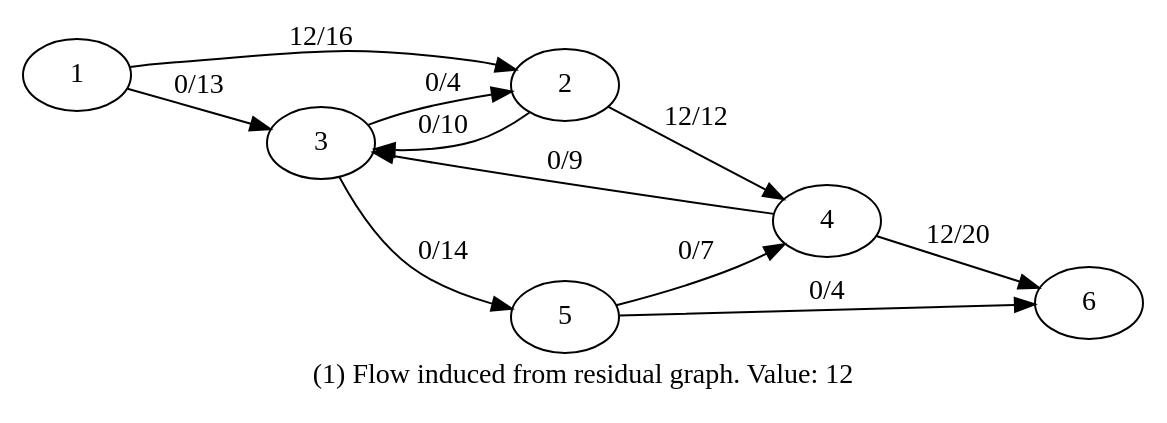
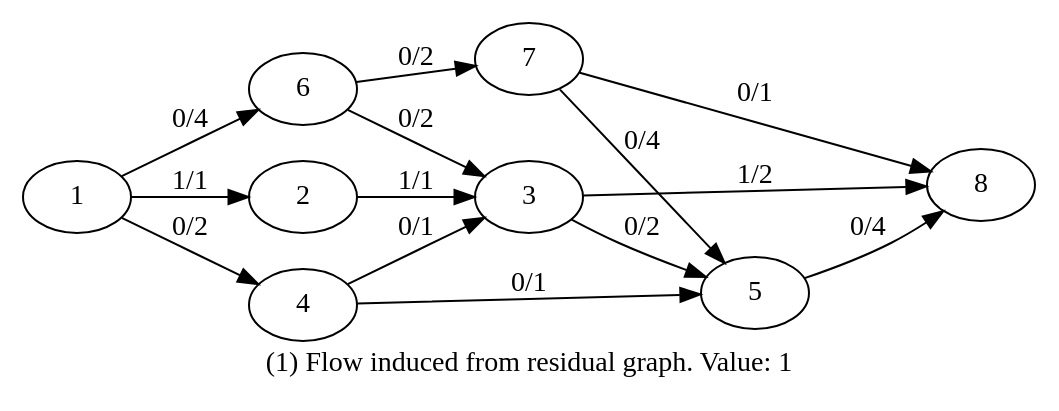
The diagram in output_flow1.gv (maryamass/Graph), drawn with Graphviz before and after one commit. The commit also changed 15 other files, not shown here.

Commit message:
function to test a flow added

```diff
--- a/output_flow1.gv
+++ b/output_flow1.gv
@@ -1,14 +1,17 @@
 digraph flow1 {
   rankdir="LR"
-  label="(1) Flow induced from residual graph. Value: 12"
-  1 -> 3 [label="0/13", len=13];
-  2 -> 4 [label="12/12", len=12];
-  4 -> 3 [label="0/9", len=9];
-  5 -> 4 [label="0/7", len=7];
-  1 -> 2 [label="12/16", len=16];
-  2 -> 3 [label="0/10", len=10];
-  5 -> 6 [label="0/4", len=4];
-  3 -> 2 [label="0/4", len=4];
-  3 -> 5 [label="0/14", len=14];
-  4 -> 6 [label="12/20", len=20];
+  label="(1) Flow induced from residual graph. Value: 1"
+  6 -> 3 [label="0/2", len=2];
+  7 -> 5 [label="0/4", len=4];
+  4 -> 3 [label="0/1", len=1];
+  1 -> 6 [label="0/4", len=4];
+  3 -> 8 [label="1/2", len=2];
+  1 -> 4 [label="0/2", len=2];
+  1 -> 2 [label="1/1", len=1];
+  3 -> 5 [label="0/2", len=2];
+  2 -> 3 [label="1/1", len=1];
+  4 -> 5 [label="0/1", len=1];
+  6 -> 7 [label="0/2", len=2];
+  7 -> 8 [label="0/1", len=1];
+  5 -> 8 [label="0/4", len=4];
 }
```
